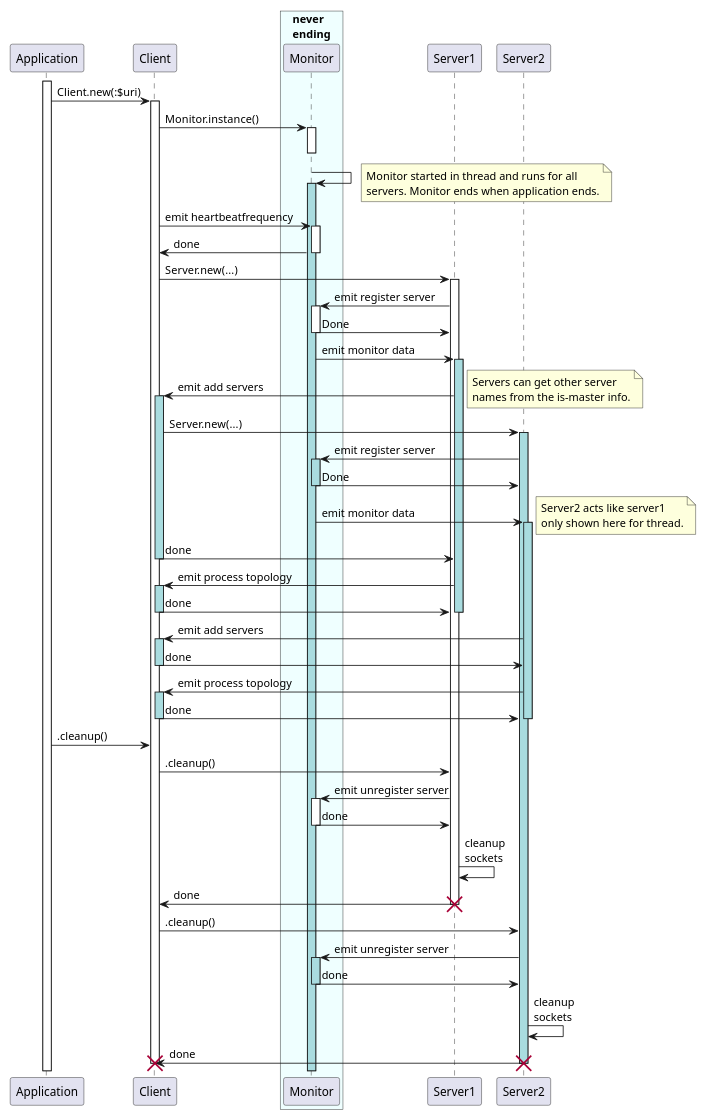
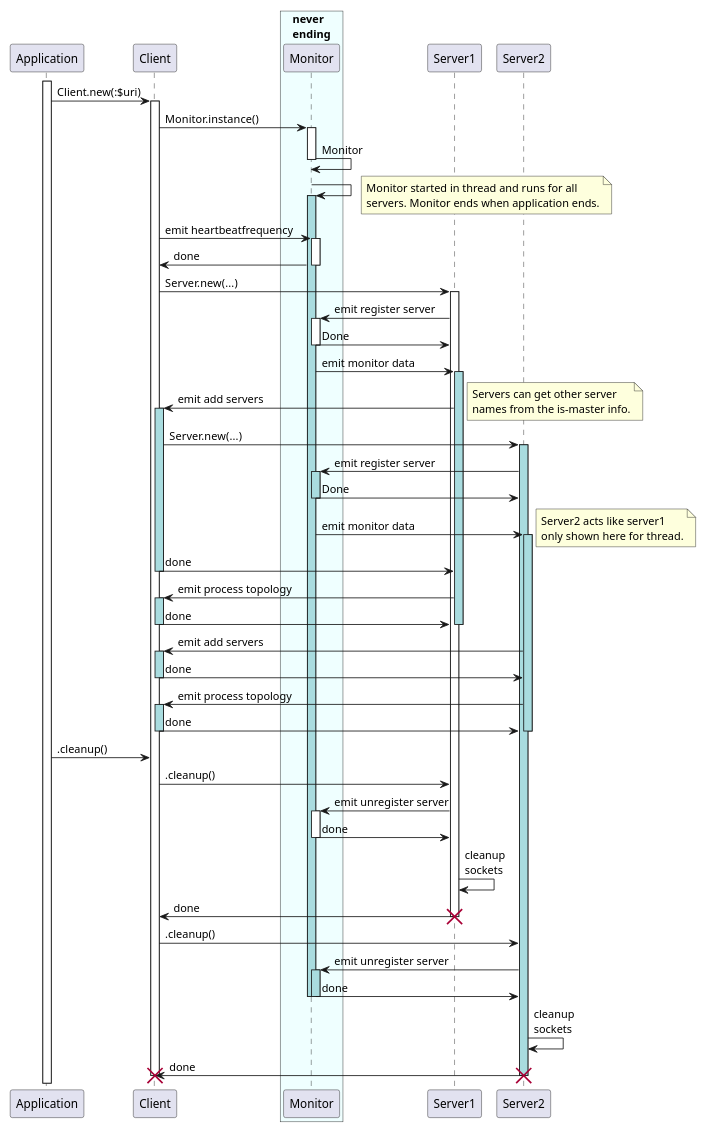
The third of 7 diagrams in doc/Design/Design-software.md (MARTIMM/raku-mongodb-driver), drawn with PlantUML before and after one commit. The commit also changed other lines of this file and 1 other file, not shown here.

````diff
--- a/doc/Design/Design-software.md
+++ b/doc/Design/Design-software.md
@@ -152,82 +114,82 @@
 ```plantuml
 scale 0.8
 
 skinparam sequence {
 '  LifeLineBorderColor blue
   LifeLineBackgroundColor #fff
 }
 
 participant Application
 activate Application
 
 participant Client
 
 Application -> Client: Client.new(:$uri)
 activate Client
 
 box "never\nending" #efffff
   participant Monitor
 end box
 
 Client -> Monitor ++: Monitor.instance()
-'Monitor -> Monitor --: Monitor
+Monitor -> Monitor --: Monitor
 deactivate Monitor
 Monitor -> Monitor ++ #A9DCDF:
 note right
   Monitor started in thread and runs for all
   servers. Monitor ends when application ends.
 end note
 
 Client -> Monitor ++ : emit heartbeatfrequency
 Monitor -> Client --: done
 
 Client -> Server1 ++: Server.new(...)
 Server1 -> Monitor ++: emit register server
 Monitor -> Server1 --: Done
 
 Monitor -> Server1 ++ #A9DCDF: emit monitor data
 
 Server1 -> Client ++ #A9DCDF: emit add servers
   note right
     Servers can get other server
     names from the is-master info.
   end note
 
   Client -> Server2 ++ #A9DCDF: Server.new(...)
   Server2 -> Monitor ++ #A9DCDF: emit register server
   Monitor -> Server2 --: Done
   Monitor -> Server2 ++ #A9DCDF: emit monitor data
   note right
     Server2 acts like server1
     only shown here for thread.
   end note
 
 Client -> Server1 --: done
 Server1 -> Client ++ #A9DCDF: emit process topology
 Client -> Server1 --: done
 deactivate Server1
 
 Server2 -> Client ++ #A9DCDF: emit add servers
 Client -> Server2 --: done
 Server2 -> Client ++ #A9DCDF: emit process topology
 Client -> Server2 --: done
 deactivate Server2
 
 
 Application -> Client: .cleanup()
 Client -> Server1: .cleanup()
 Server1 -> Monitor ++: emit unregister server
 Monitor -> Server1 --: done
 Server1 -> Server1: cleanup\nsockets
 Server1 -> Client: done
 destroy Server1
 
 Client -> Server2: .cleanup()
 Server2 -> Monitor ++ #A9DCDF: emit unregister server
 Monitor -> Server2 -- #A9DCDF: done
 Server2 -> Server2: cleanup\nsockets
 Server2 -> Client: done
 destroy Server2
 
 destroy Client
 ```
````
